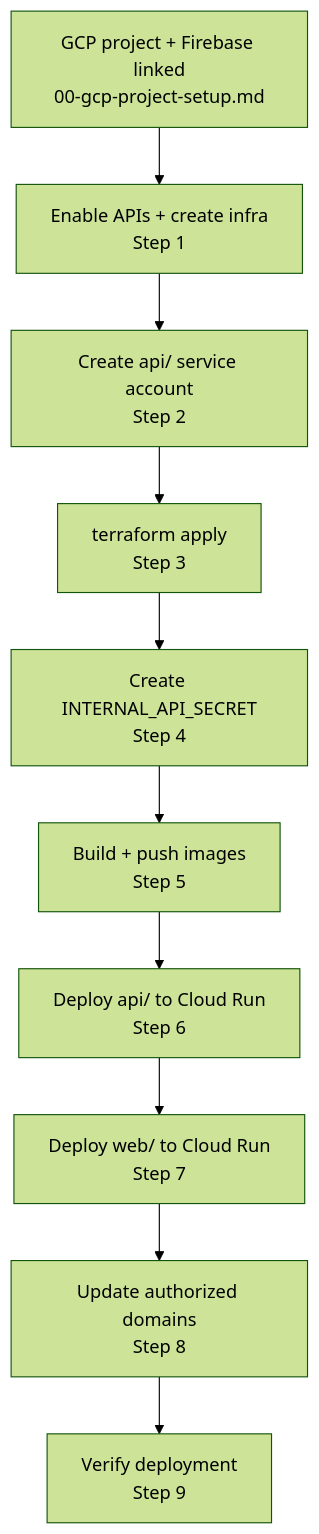
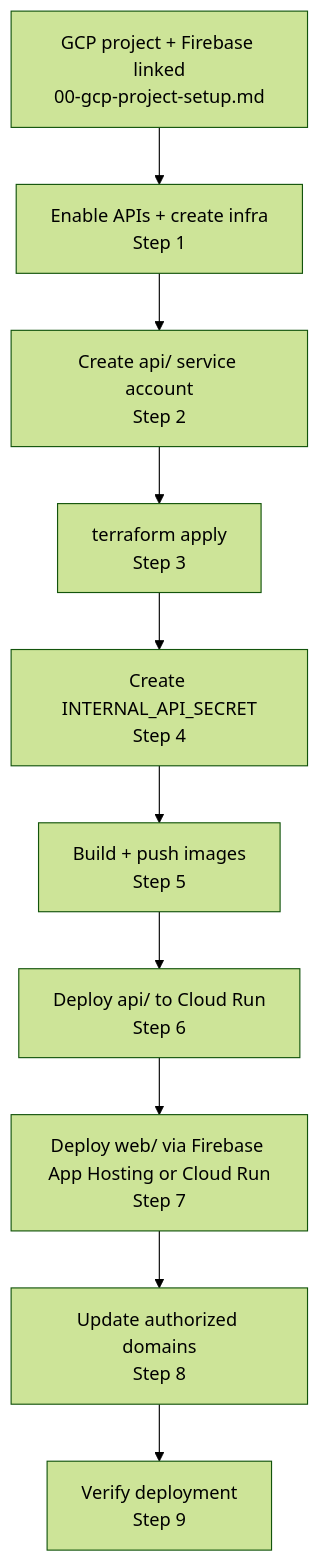
Before and after one commit to cmartinezs/grade-ops-ai: the diagram in docs/09-developer-guide/09-deployment-guide.md, drawn with Mermaid (forest theme). The commit also changed other lines of this file and 91 other files, not shown here.

````diff
--- a/docs/09-developer-guide/09-deployment-guide.md
+++ b/docs/09-developer-guide/09-deployment-guide.md
@@ -11,12 +13,12 @@
 ```mermaid
 flowchart TD
     A[GCP project + Firebase linked<br/>00-gcp-project-setup.md] --> B[Enable APIs + create infra<br/>Step 1]
     B --> C[Create api/ service account<br/>Step 2]
     C --> D[terraform apply<br/>Step 3]
     D --> E[Create INTERNAL_API_SECRET<br/>Step 4]
     E --> F[Build + push images<br/>Step 5]
     F --> G[Deploy api/ to Cloud Run<br/>Step 6]
-    G --> H[Deploy web/ to Cloud Run<br/>Step 7]
+    G --> H[Deploy web/ via Firebase App Hosting or Cloud Run<br/>Step 7]
     H --> I[Update authorized domains<br/>Step 8]
     I --> J[Verify deployment<br/>Step 9]
 ```
````
